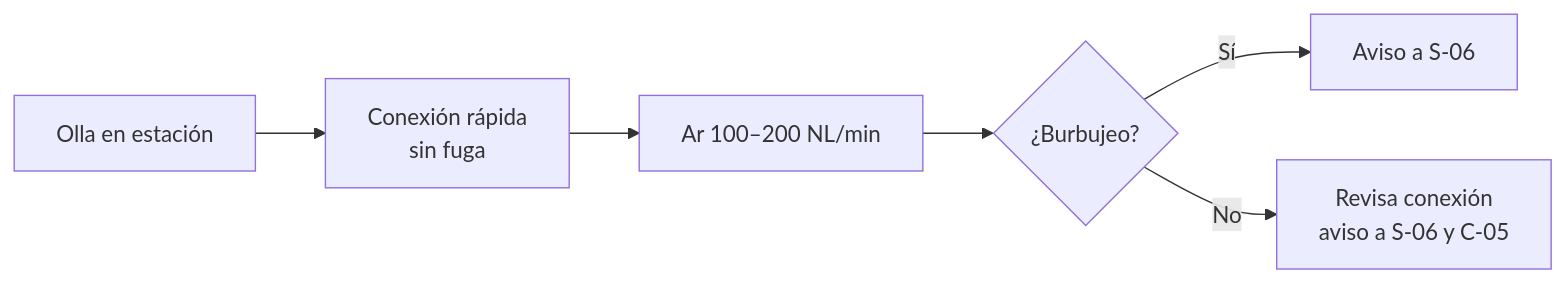
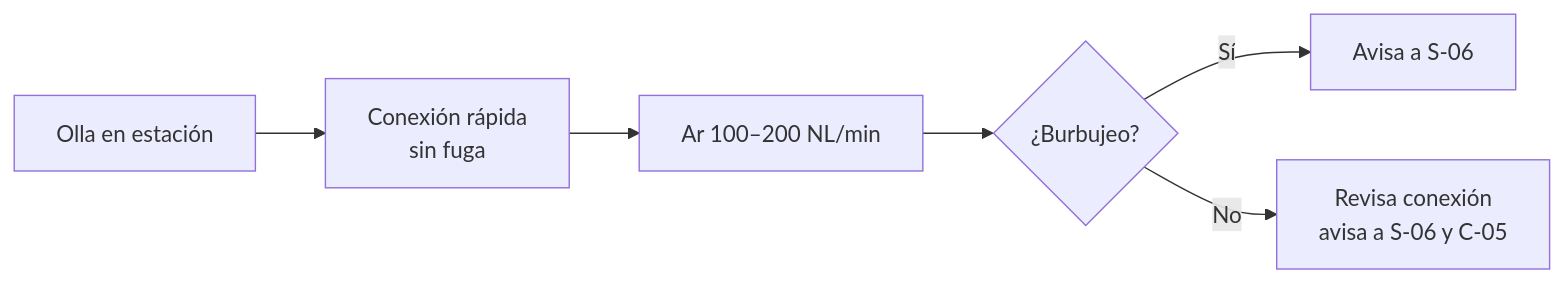
Before and after one commit to diegocardonaguzman03-maker/HR: the second of 5 diagrams in 10-plantas/01-steelmaking/06-instrucciones-trabajo/IT-S07-ayudante-horno-olla-alambre.md, drawn with Mermaid. The commit also changed 7 other files, not shown here.

````diff
--- a/10-plantas/01-steelmaking/06-instrucciones-trabajo/IT-S07-ayudante-horno-olla-alambre.md
+++ b/10-plantas/01-steelmaking/06-instrucciones-trabajo/IT-S07-ayudante-horno-olla-alambre.md
@@ -69,8 +69,8 @@
 ```mermaid
 flowchart LR
     A["Olla en estación"] --> B["Conexión rápida<br/>sin fuga"]
     B --> C["Ar 100–200 NL/min"]
     C --> D{"¿Burbujeo?"}
-    D -- "Sí" --> E["Aviso a S-06"]
-    D -- "No" --> F["Revisa conexión<br/>aviso a S-06 y C-05"]
+    D -- "Sí" --> E["Avisa a S-06"]
+    D -- "No" --> F["Revisa conexión<br/>avisa a S-06 y C-05"]
 ```
````
